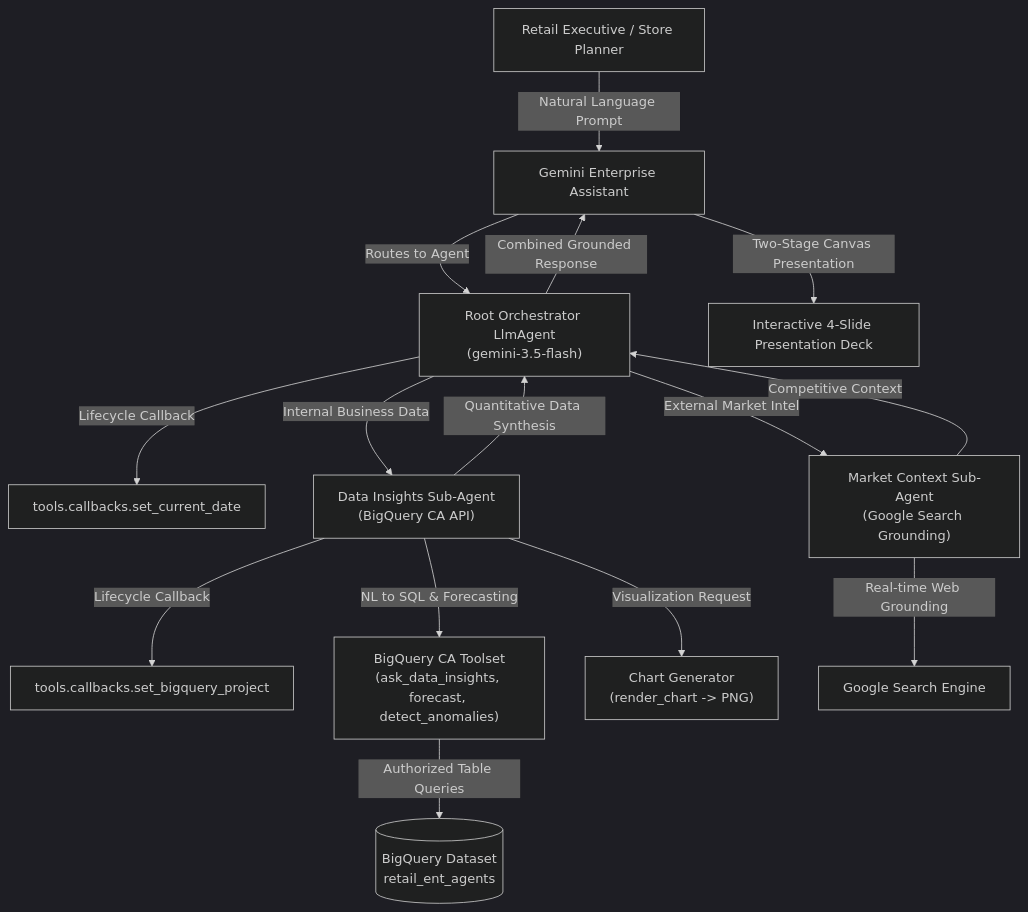
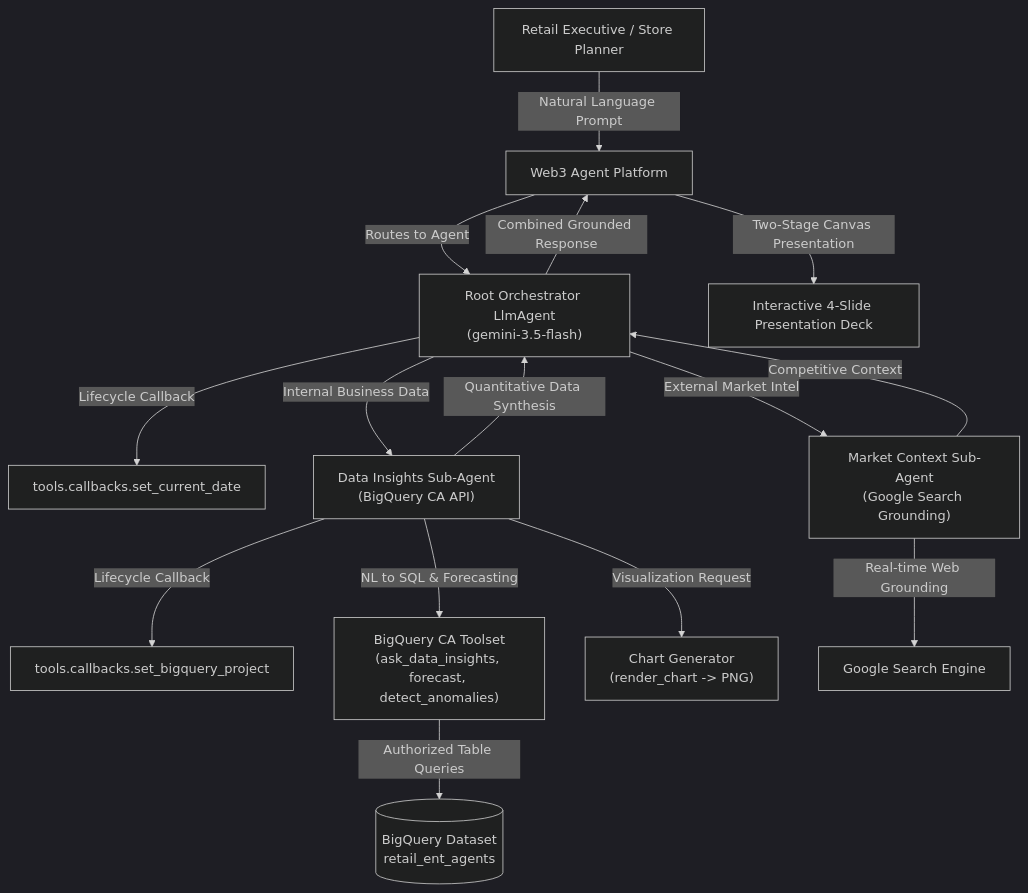
One commit to daricemp1/web3-enterprise-agents changed the first of 3 diagrams in ARCHITECTURE.md. Above: the diagram before and after it, drawn with Mermaid (dark theme). The commit also changed other lines of this file and 26 other files, not shown here.

Commit message:
feat(branding): update UI, portal, showcases, and demo videos to Web3 Agent Catalog

````diff
--- a/ARCHITECTURE.md
+++ b/ARCHITECTURE.md
@@ -12,22 +12,22 @@
 ```mermaid
 graph TD
-    User["Retail Executive / Store Planner"] -->|Natural Language Prompt| GE["Gemini Enterprise Assistant"]
+    User["Retail Executive / Store Planner"] -->|Natural Language Prompt| GE["Web3 Agent Platform"]
     GE -->|Routes to Agent| Root["Root Orchestrator LlmAgent<br/>(gemini-3.5-flash)"]
     
     Root -->|Lifecycle Callback| CB1["tools.callbacks.set_current_date"]
     
     Root -->|Internal Business Data| DI["Data Insights Sub-Agent<br/>(BigQuery CA API)"]
     Root -->|External Market Intel| MC["Market Context Sub-Agent<br/>(Google Search Grounding)"]
     
     DI -->|Lifecycle Callback| CB2["tools.callbacks.set_bigquery_project"]
     DI -->|NL to SQL & Forecasting| BQCA["BigQuery CA Toolset<br/>(ask_data_insights, forecast, detect_anomalies)"]
     DI -->|Visualization Request| CG["Chart Generator<br/>(render_chart -> PNG)"]
     
     BQCA -->|Authorized Table Queries| BQ[("BigQuery Dataset<br/>retail_ent_agents")]
     MC -->|Real-time Web Grounding| GS["Google Search Engine"]
     
     DI -->|Quantitative Data Synthesis| Root
     MC -->|Competitive Context| Root
     Root -->|Combined Grounded Response| GE
     GE -->|Two-Stage Canvas Presentation| Canvas["Interactive 4-Slide Presentation Deck"]
 ```
````
